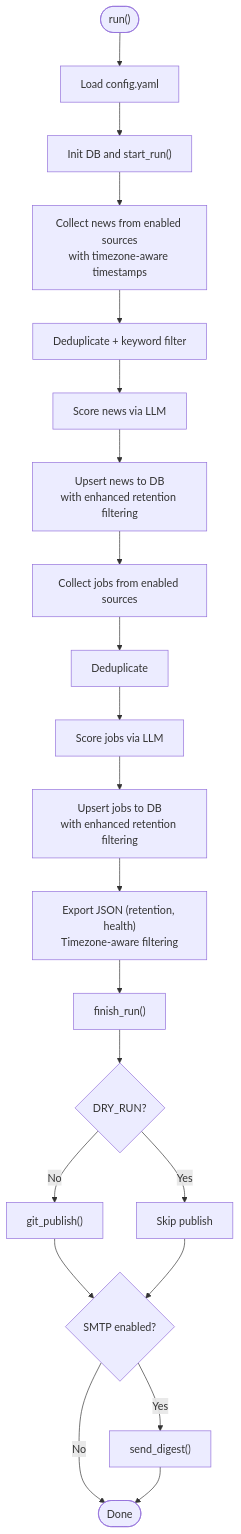
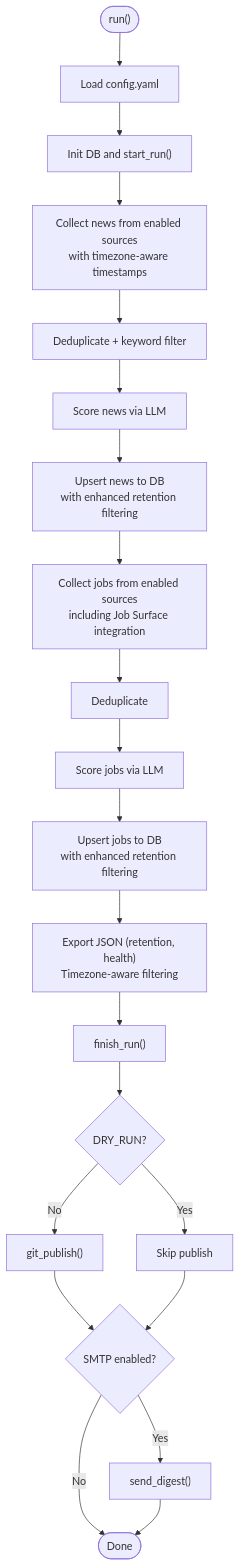
The third of 7 diagrams in .qoder/repowiki/en/content/Content Collection System/Content Collection System.md (shakthi-vinayak/news), drawn with Mermaid before and after one commit. The commit also changed other lines of this file and 55 other files, not shown here.

````diff
--- a/.qoder/repowiki/en/content/Content Collection System/Content Collection System.md
+++ b/.qoder/repowiki/en/content/Content Collection System/Content Collection System.md
@@ -143,23 +147,23 @@
 ```mermaid
 flowchart TD
 Start(["run()"]) --> LoadCfg["Load config.yaml"]
 LoadCfg --> InitDB["Init DB and start_run()"]
 InitDB --> CollectNews["Collect news from enabled sources<br/>with timezone-aware timestamps"]
 CollectNews --> DedupNews["Deduplicate + keyword filter"]
 DedupNews --> ScoreNews["Score news via LLM"]
 ScoreNews --> PersistNews["Upsert news to DB<br/>with enhanced retention filtering"]
-PersistNews --> CollectJobs["Collect jobs from enabled sources"]
+PersistNews --> CollectJobs["Collect jobs from enabled sources<br/>including Job Surface integration"]
 CollectJobs --> DedupJobs["Deduplicate"]
 DedupJobs --> ScoreJobs["Score jobs via LLM"]
 ScoreJobs --> PersistJobs["Upsert jobs to DB<br/>with enhanced retention filtering"]
 PersistJobs --> Export["Export JSON (retention, health)<br/>Timezone-aware filtering"]
 Export --> FinishRun["finish_run()"]
 FinishRun --> Publish{"DRY_RUN?"}
 Publish --> |No| GitPublish["git_publish()"]
 Publish --> |Yes| SkipPublish["Skip publish"]
 GitPublish --> SMTP{"SMTP enabled?"}
 SkipPublish --> SMTP
 SMTP --> |Yes| SendDigest["send_digest()"]
 SMTP --> |No| End(["Done"])
 SendDigest --> End
 ```
````
